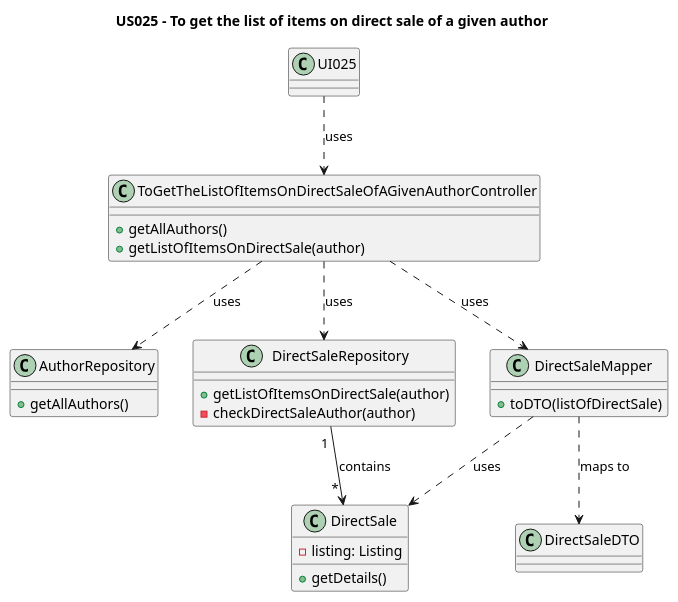
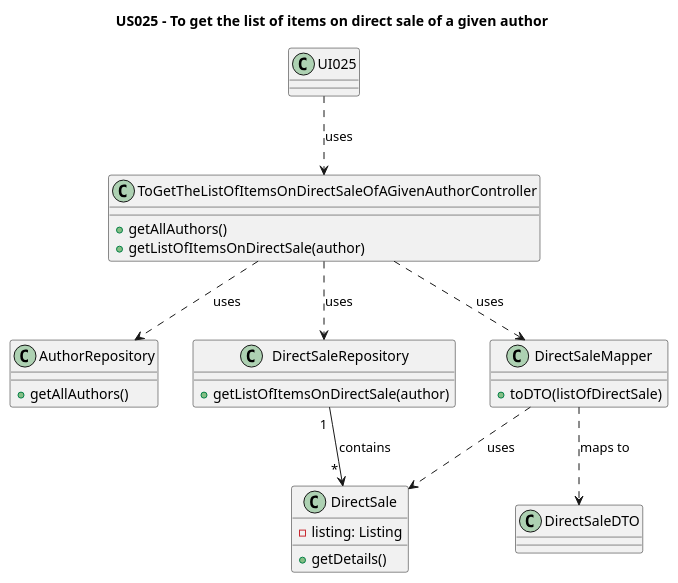
The diagram in Diagrams/ClassDiagrams/US025-to-get-the-list-of-items-on-direct-sale-of-a-given-author.puml (AndrePereiraGitH/SWitCH-Project-Team_A), drawn with PlantUML before and after one commit. The commit also changed 4 other files, not shown here.

```diff
--- a/Diagrams/ClassDiagrams/US025-to-get-the-list-of-items-on-direct-sale-of-a-given-author.puml
+++ b/Diagrams/ClassDiagrams/US025-to-get-the-list-of-items-on-direct-sale-of-a-given-author.puml
@@ -1,81 +1,80 @@
 @startuml
 title US025 - To get the list of items on direct sale of a given author
 
 class UI025{
 
 }
 
 class ToGetTheListOfItemsOnDirectSaleOfAGivenAuthorController {
   +getAllAuthors()
   +getListOfItemsOnDirectSale(author)
 }
 
 class AuthorRepository{
     +getAllAuthors()
 }
 
 class DirectSaleRepository {
   +getListOfItemsOnDirectSale(author)
-  -checkDirectSaleAuthor(author)
 }
 
 class DirectSale {
   - listing: Listing
   +getDetails()
 }
 
 class DirectSaleMapper {
   +toDTO(listOfDirectSale)
 }
 
 class DirectSaleDTO {
 }
 
 /'
 class Listing {
   - item: Item
   - saleType: SaleType
 }
 
 enum SaleType {
     DIRECT_SALE
     AUCTION
 }
 
 'class Item {
 '    - bibliographicalData: BibliographicalData
 '}
 
 class Item {
     - publication: publication
 }
 
 class Publication {
     - bibliographicalData: BibliographicalData
     - code: Code
 }
 
 class BibliographicalData {
     - title: String
 }
 '/
 
 ' Interactions
 
 UI025 ..> ToGetTheListOfItemsOnDirectSaleOfAGivenAuthorController : uses
 ToGetTheListOfItemsOnDirectSaleOfAGivenAuthorController ..> DirectSaleRepository : uses
 ToGetTheListOfItemsOnDirectSaleOfAGivenAuthorController ..> AuthorRepository: uses
 DirectSaleRepository "1 " --> " * " DirectSale : contains
 ToGetTheListOfItemsOnDirectSaleOfAGivenAuthorController ..> DirectSaleMapper : uses
 DirectSaleMapper ..> DirectSaleDTO : maps to
 DirectSaleMapper ..> DirectSale : uses
 /'
 DirectSale "1" -- "1" Listing : uses
 Listing "                                *" -- "1" SaleType : can be sold by
 Listing "1" -- "1..*    " Item : lists an
 ' Item "*" -- "1" BibliographicalData: has
 Item "*" -- "1" Publication: refers to a
 Publication "*" -- "1" BibliographicalData: has
 '/
 
 @enduml
```
